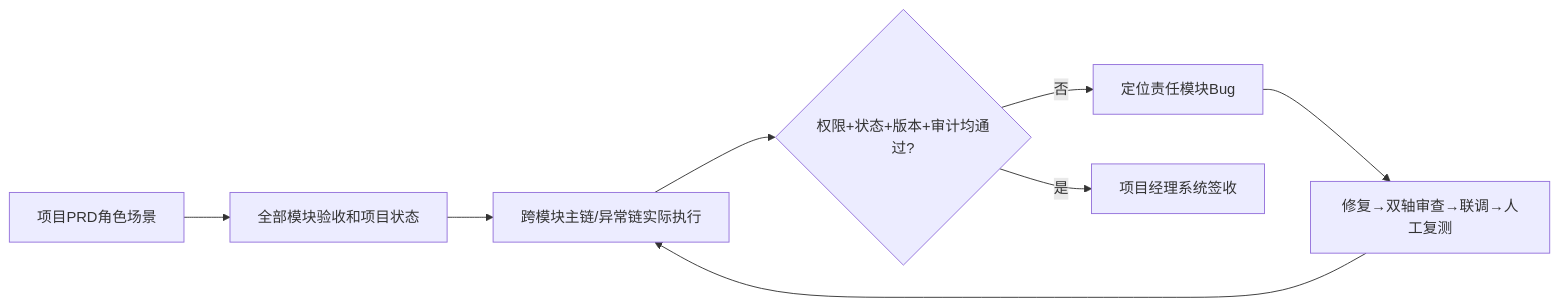
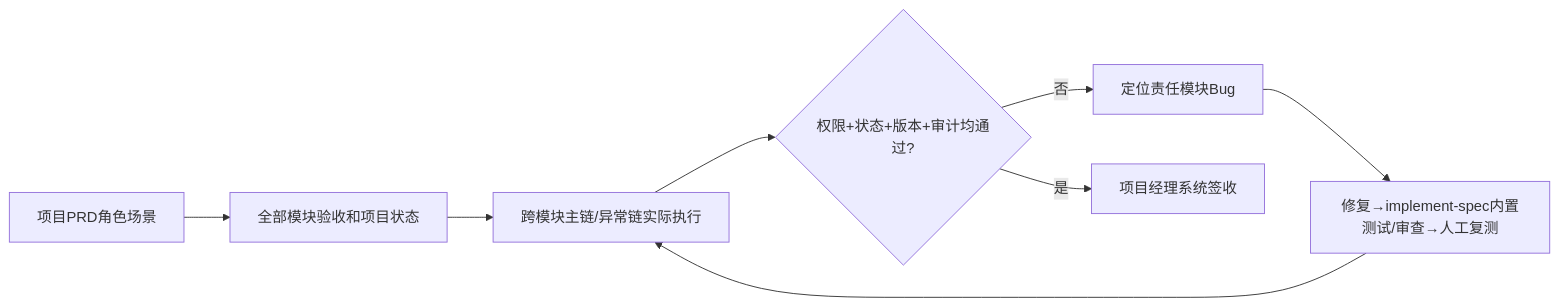
One commit to wamper64/dev-workflow changed the diagram in skills/system-acceptance/SKILL.md. Above: the diagram before and after it, drawn with Mermaid. The commit also changed other lines of this file and 5 other files, not shown here.

````diff
--- a/skills/system-acceptance/SKILL.md
+++ b/skills/system-acceptance/SKILL.md
@@ -43,10 +42,10 @@
 ```mermaid
 flowchart LR
   A[项目PRD角色场景] --> B[全部模块验收和项目状态]
   B --> C[跨模块主链/异常链实际执行]
   C --> D{权限+状态+版本+审计均通过?}
   D -- 否 --> E[定位责任模块Bug]
-  E --> F[修复→双轴审查→联调→人工复测]
+  E --> F[修复→implement-spec内置测试/审查→人工复测]
   F --> C
   D -- 是 --> G[项目经理系统签收]
 ```
````
